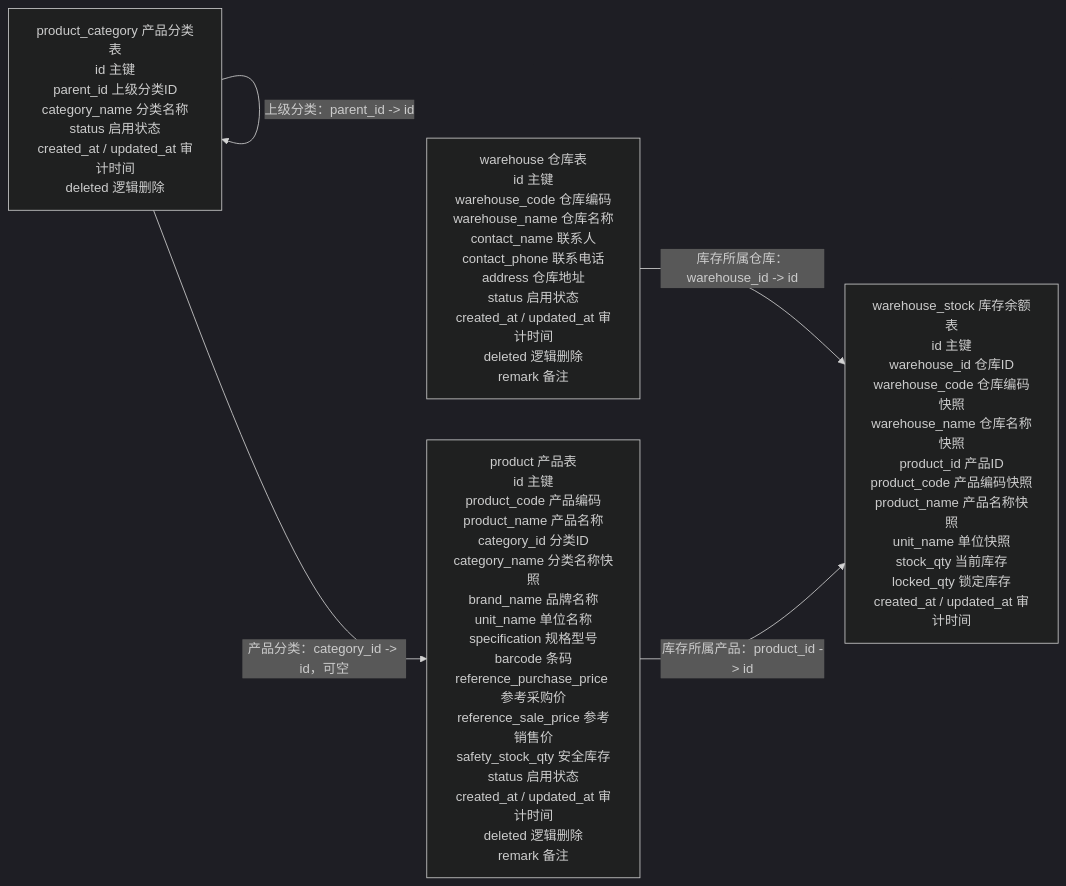
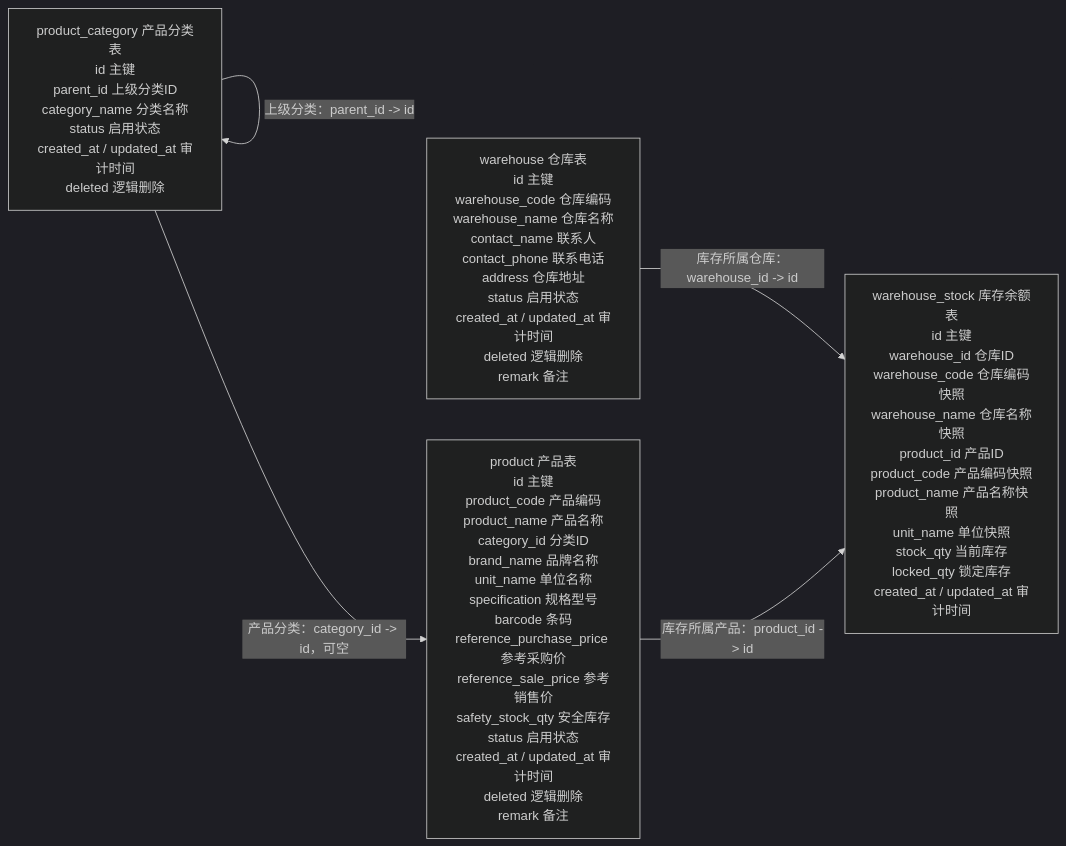
Before and after one commit to LI-S-H/qiheng-erp: the seventh of 11 diagrams in docs/database/mvp-database-design-overview.md, drawn with Mermaid (dark theme). The commit also changed other lines of this file and 57 other files, not shown here.

````diff
--- a/docs/database/mvp-database-design-overview.md
+++ b/docs/database/mvp-database-design-overview.md
@@ -684,12 +686,12 @@
 ```mermaid
 flowchart LR
     category["product_category 产品分类表<br/>id 主键<br/>parent_id 上级分类ID<br/>category_name 分类名称<br/>status 启用状态<br/>created_at / updated_at 审计时间<br/>deleted 逻辑删除"]
-    product["product 产品表<br/>id 主键<br/>product_code 产品编码<br/>product_name 产品名称<br/>category_id 分类ID<br/>category_name 分类名称快照<br/>brand_name 品牌名称<br/>unit_name 单位名称<br/>specification 规格型号<br/>barcode 条码<br/>reference_purchase_price 参考采购价<br/>reference_sale_price 参考销售价<br/>safety_stock_qty 安全库存<br/>status 启用状态<br/>created_at / updated_at 审计时间<br/>deleted 逻辑删除<br/>remark 备注"]
+    product["product 产品表<br/>id 主键<br/>product_code 产品编码<br/>product_name 产品名称<br/>category_id 分类ID<br/>brand_name 品牌名称<br/>unit_name 单位名称<br/>specification 规格型号<br/>barcode 条码<br/>reference_purchase_price 参考采购价<br/>reference_sale_price 参考销售价<br/>safety_stock_qty 安全库存<br/>status 启用状态<br/>created_at / updated_at 审计时间<br/>deleted 逻辑删除<br/>remark 备注"]
     warehouse["warehouse 仓库表<br/>id 主键<br/>warehouse_code 仓库编码<br/>warehouse_name 仓库名称<br/>contact_name 联系人<br/>contact_phone 联系电话<br/>address 仓库地址<br/>status 启用状态<br/>created_at / updated_at 审计时间<br/>deleted 逻辑删除<br/>remark 备注"]
     stock["warehouse_stock 库存余额表<br/>id 主键<br/>warehouse_id 仓库ID<br/>warehouse_code 仓库编码快照<br/>warehouse_name 仓库名称快照<br/>product_id 产品ID<br/>product_code 产品编码快照<br/>product_name 产品名称快照<br/>unit_name 单位快照<br/>stock_qty 当前库存<br/>locked_qty 锁定库存<br/>created_at / updated_at 审计时间"]
 
     category -->|"上级分类：parent_id -> id"| category
     category -->|"产品分类：category_id -> id，可空"| product
     warehouse -->|"库存所属仓库：warehouse_id -> id"| stock
     product -->|"库存所属产品：product_id -> id"| stock
 ```
````
